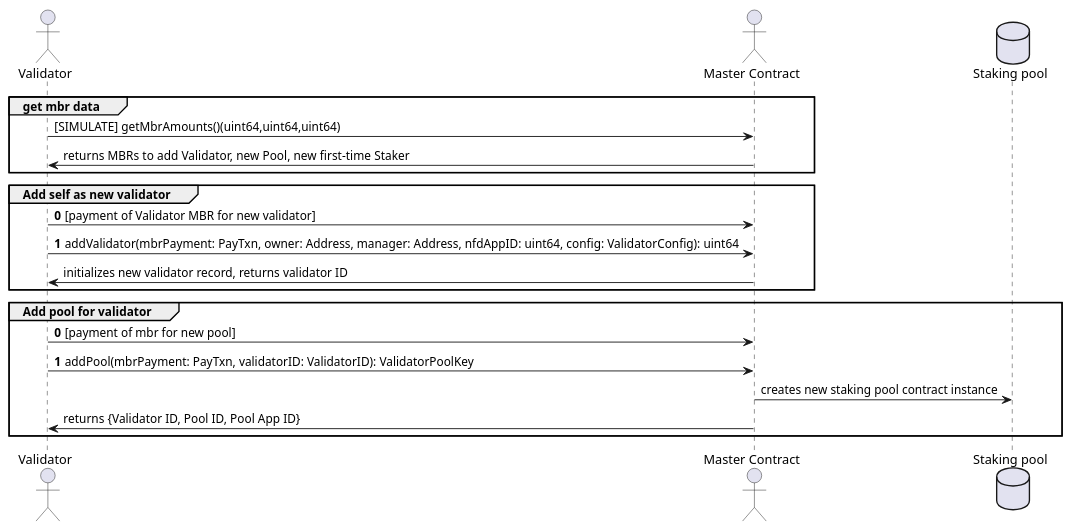
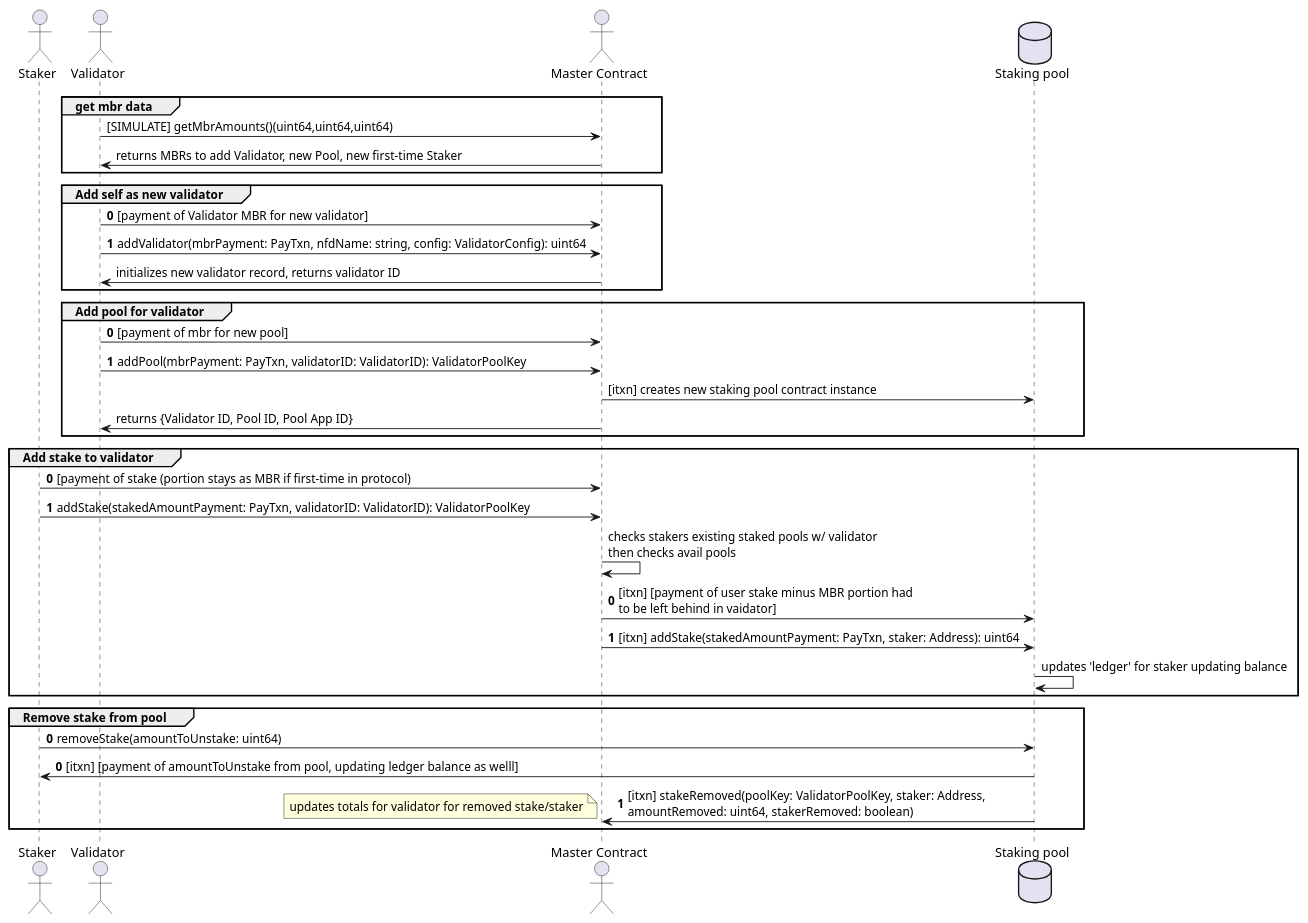
Before and after one commit to TxnLab/reti: the diagram in docs/diagrams/validator.puml, drawn with PlantUML. The commit also changed 1 other file, not shown here.

Commit message:
Updated some early diagrams

```diff
--- a/docs/diagrams/validator.puml
+++ b/docs/diagrams/validator.puml
@@ -1,25 +1,45 @@
 @startuml
+actor "Staker" as staker
 actor "Validator" as validator
 actor "Master Contract" as master
 database "Staking pool" as pool
 group get mbr data
 validator -> master: [SIMULATE] getMbrAmounts()(uint64,uint64,uint64)
 master->validator: returns MBRs to add Validator, new Pool, new first-time Staker
 end
 group Add self as new validator
 autonumber 0
 validator -> master: [payment of Validator MBR for new validator]
-validator -> master: addValidator(mbrPayment: PayTxn, owner: Address, manager: Address, nfdAppID: uint64, config: ValidatorConfig): uint64
+validator -> master: addValidator(mbrPayment: PayTxn, nfdName: string, config: ValidatorConfig): uint64
 autonumber stop
 master -> validator: initializes new validator record, returns validator ID
 end
 group Add pool for validator
-'note left: add new validator
 autonumber 0
 validator -> master: [payment of mbr for new pool]
 validator -> master: addPool(mbrPayment: PayTxn, validatorID: ValidatorID): ValidatorPoolKey
 autonumber stop
-master -> pool: creates new staking pool contract instance
+master -> pool: [itxn] creates new staking pool contract instance
 master -> validator: returns {Validator ID, Pool ID, Pool App ID}
 end
+group Add stake to validator
+autonumber 0
+staker -> master: [payment of stake (portion stays as MBR if first-time in protocol)
+staker -> master:  addStake(stakedAmountPayment: PayTxn, validatorID: ValidatorID): ValidatorPoolKey
+autonumber stop
+master -> master: checks stakers existing staked pools w/ validator\nthen checks avail pools
+autonumber 0
+master -> pool: [itxn] [payment of user stake minus MBR portion had\nto be left behind in vaidator]
+master -> pool: [itxn] addStake(stakedAmountPayment: PayTxn, staker: Address): uint64
+autonumber stop
+pool -> pool: updates 'ledger' for staker updating balance
+end
+group Remove stake from pool
+autonumber 0
+staker -> pool: removeStake(amountToUnstake: uint64)
+autonumber 0
+pool -> staker: [itxn] [payment of amountToUnstake from pool, updating ledger balance as welll]
+pool -> master: [itxn] stakeRemoved(poolKey: ValidatorPoolKey, staker: Address,\namountRemoved: uint64, stakerRemoved: boolean)
+note left: updates totals for validator for removed stake/staker
+end
 @enduml
```
